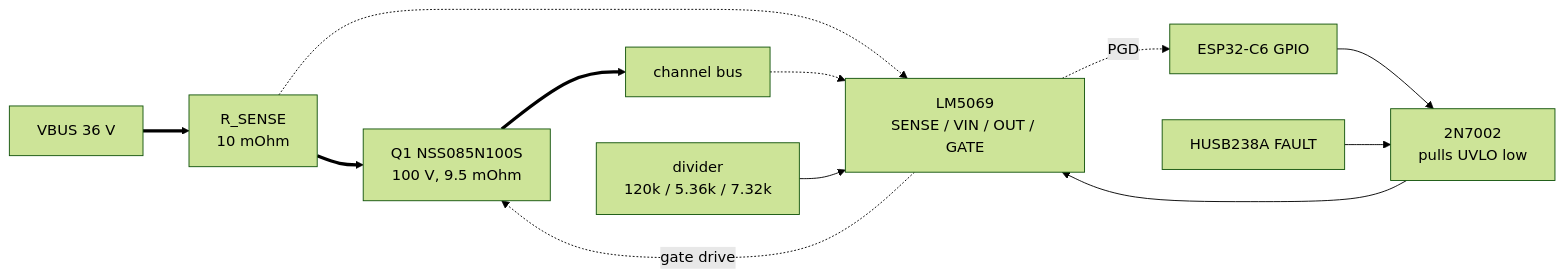
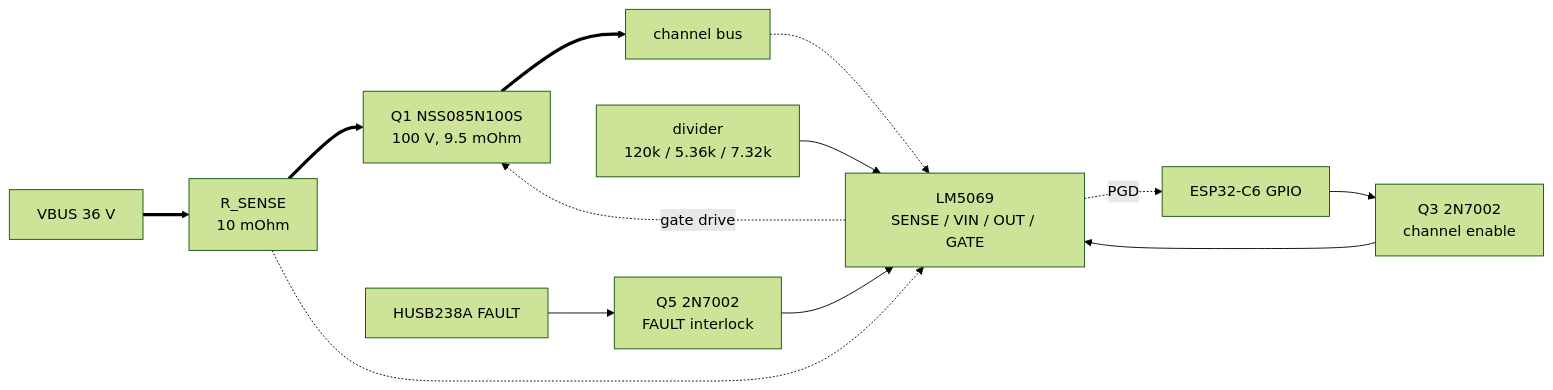
The fourth of 4 diagrams in designs/led-matrix-controller/README.md (lucsoft/pcb-design), drawn with Mermaid (forest theme) before and after one commit. The commit also changed other lines of this file and 6 other files, not shown here.

````diff
--- a/designs/led-matrix-controller/README.md
+++ b/designs/led-matrix-controller/README.md
@@ -495,14 +497,15 @@
 ```mermaid
 flowchart LR
   VBUS[VBUS 36 V] ==> RS["R_SENSE<br/>10 mOhm"]
   RS ==> Q["Q1 NSS085N100S<br/>100 V, 9.5 mOhm"]
   Q ==> OUTN[channel bus]
   U["LM5069<br/>SENSE / VIN / OUT / GATE"] -. gate drive .-> Q
   RS -.-> U
   OUTN -.-> U
   DIV["divider<br/>120k / 5.36k / 7.32k"] --> U
-  MCU[ESP32-C6 GPIO] --> QE["2N7002<br/>pulls UVLO low"]
-  FLT[HUSB238A FAULT] --> QE
+  MCU[ESP32-C6 GPIO] --> QE["Q3 2N7002<br/>channel enable"]
+  FLT[HUSB238A FAULT] --> QF["Q5 2N7002<br/>FAULT interlock"]
   QE --> U
+  QF --> U
   U -. PGD .-> MCU
 ```
````
